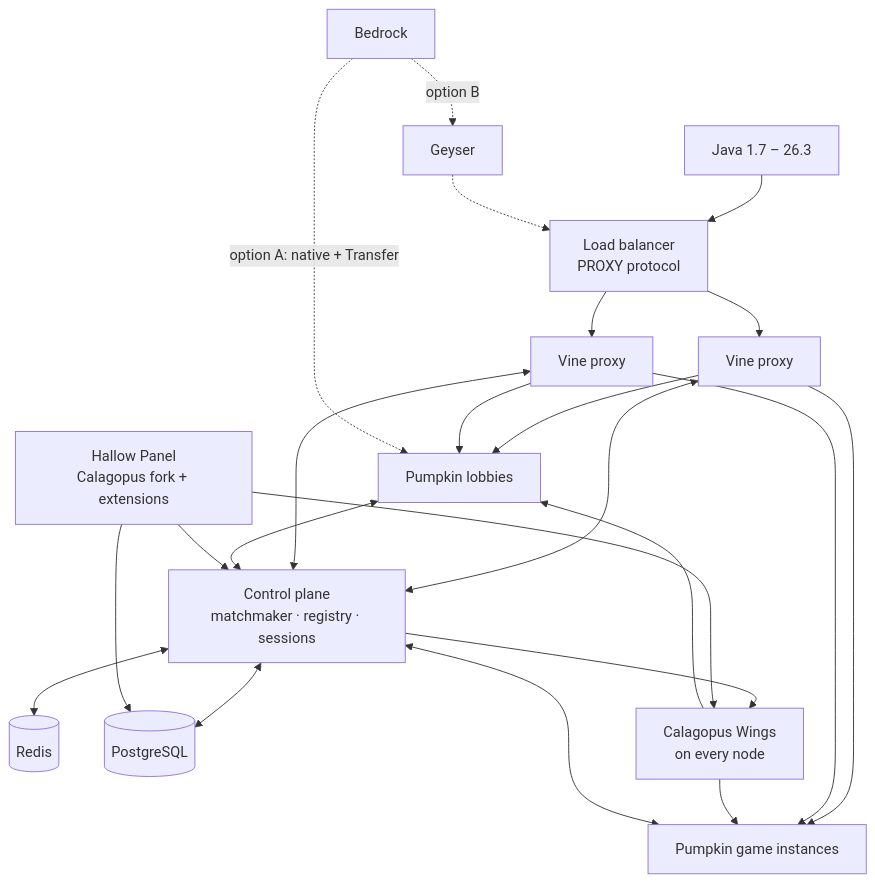
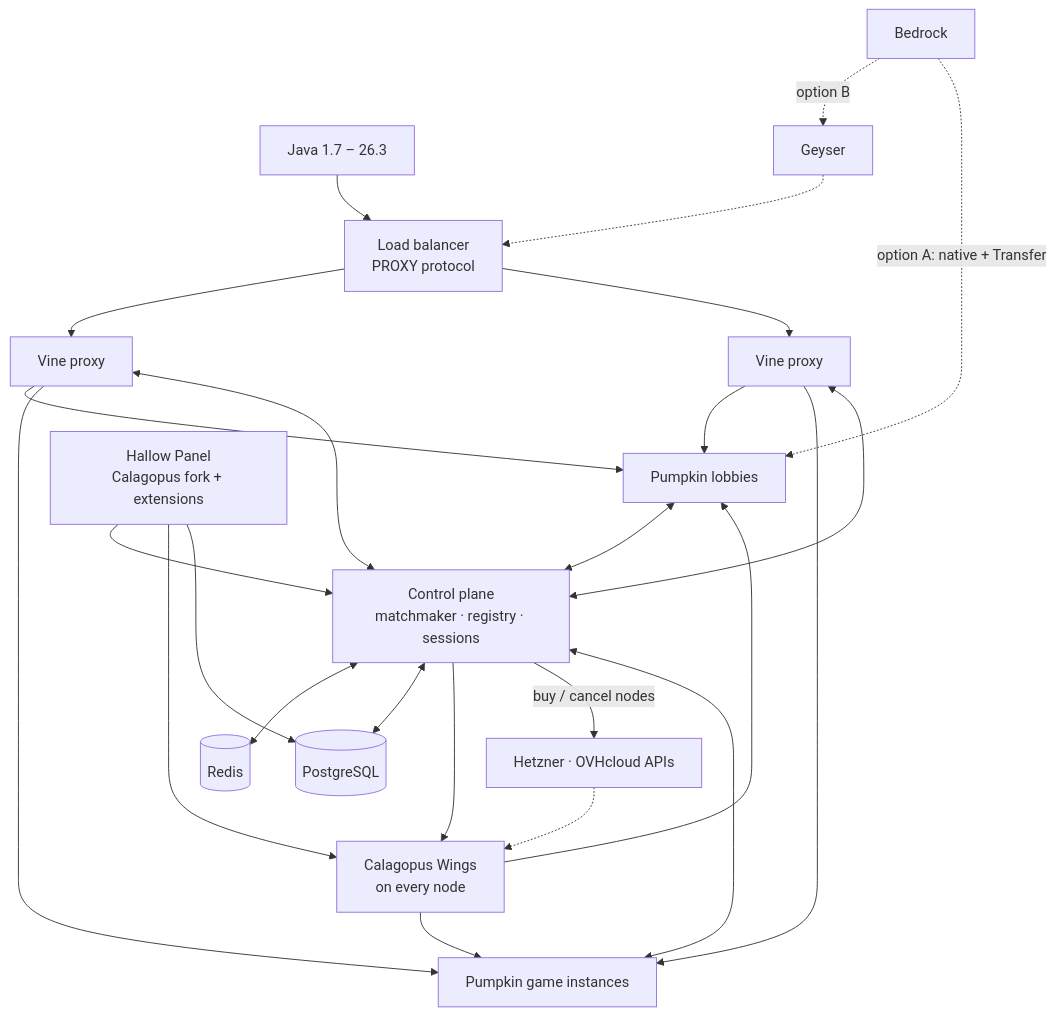
One commit to xena-studios/hallow changed the diagram in README.md. Above: the diagram before and after it, drawn with Mermaid. The commit also changed other lines of this file and 9 other files, not shown here.

````diff
--- a/README.md
+++ b/README.md
@@ -11,15 +11,17 @@
 ```mermaid
 flowchart TB
     java["Java 1.7 – 26.3"] --> lb["Load balancer<br/>PROXY protocol"]
     bedrock["Bedrock"] -. "option B" .-> geyser["Geyser"] -.-> lb
     lb --> vine1["Vine proxy"] & vine2["Vine proxy"]
     vine1 & vine2 --> lobby["Pumpkin lobbies"] & games["Pumpkin game instances"]
     bedrock -. "option A: native + Transfer" .-> lobby
     cp["Control plane<br/>matchmaker · registry · sessions"]
     vine1 & vine2 <--> cp
     lobby & games <--> cp
     cp <--> redis[("Redis")] & pg[("PostgreSQL")]
     cp --> wings["Calagopus Wings<br/>on every node"]
     wings --> lobby & games
+    cp -- "buy / cancel nodes" --> providers["Hetzner · OVHcloud APIs"]
+    providers -.-> wings
     panel["Hallow Panel<br/>Calagopus fork + extensions"] --> cp & wings & pg
 ```
````
